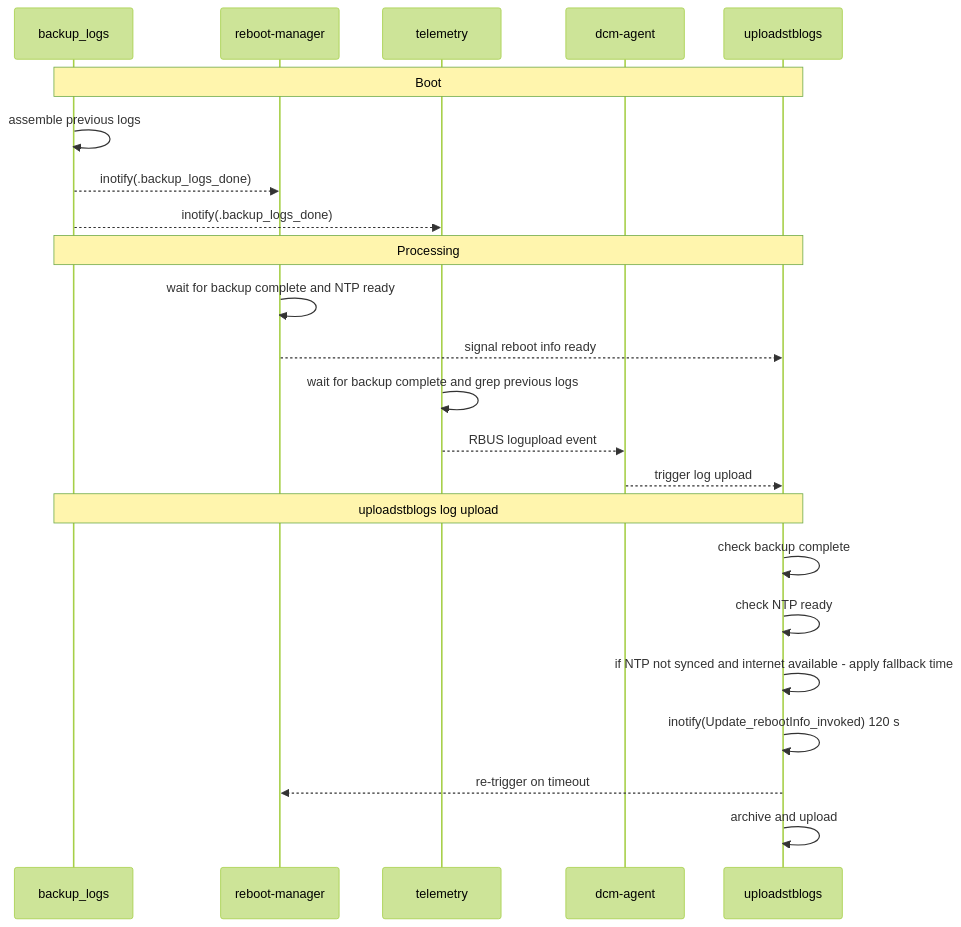
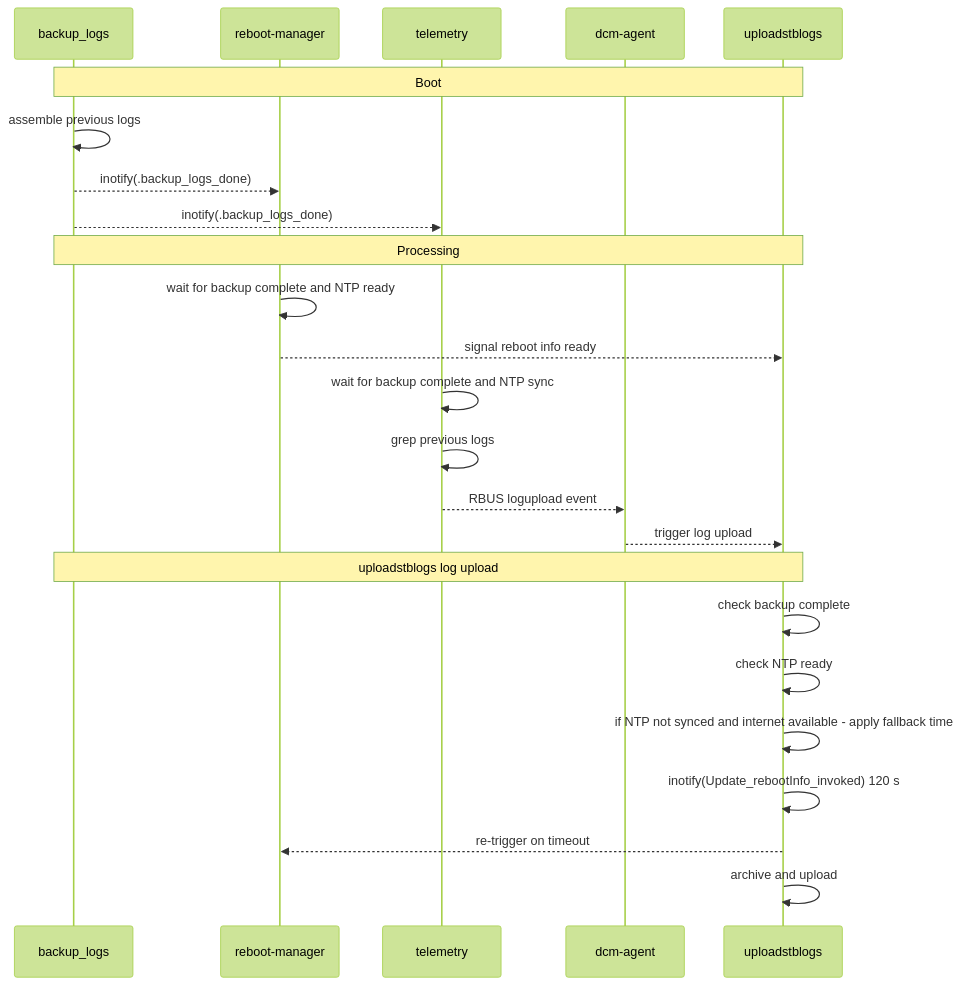
One commit to rdkcentral/dcm-agent changed the first of 2 diagrams in stateanalysis.md. Above: the diagram before and after it, drawn with Mermaid (forest theme). The commit also changed other lines of this file, not shown here.

````diff
--- a/stateanalysis.md
+++ b/stateanalysis.md
@@ -7,32 +7,33 @@
 ```mermaid
 sequenceDiagram
     participant BL  as backup_logs
     participant RM  as reboot-manager
     participant TEL as telemetry
     participant DCM as dcm-agent
     participant UL  as uploadstblogs
 
     note over BL,UL: Boot
 
     BL  ->> BL  : assemble previous logs
     BL  -->> RM : inotify(.backup_logs_done)
     BL  -->> TEL: inotify(.backup_logs_done)
 
     note over BL,UL: Processing
 
     RM  ->> RM  : wait for backup complete and NTP ready
     RM  -->> UL : signal reboot info ready
 
-    TEL ->> TEL : wait for backup complete and grep previous logs
+    TEL ->> TEL : wait for backup complete and NTP sync
+    TEL ->> TEL : grep previous logs
     TEL -->> DCM: RBUS logupload event
     DCM -->> UL : trigger log upload
 
     note over BL,UL: uploadstblogs log upload
 
     UL  ->> UL  : check backup complete
     UL  ->> UL  : check NTP ready
     UL  ->> UL  : if NTP not synced and internet available - apply fallback time
     UL  ->> UL  : inotify(Update_rebootInfo_invoked) 120 s
     UL  -->> RM : re-trigger on timeout
     UL  ->> UL  : archive and upload
 ```
````
